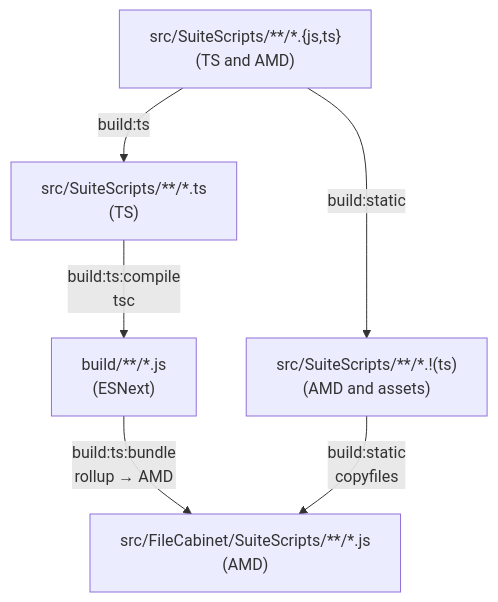
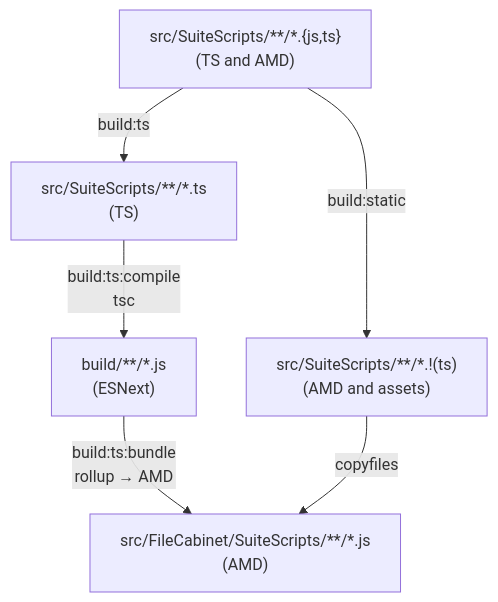
Before and after one commit to anagram-dev/suitecloud-ts: the diagram in docs/build-pipeline.md, drawn with Mermaid. The commit also changed other lines of this file and 1 other file, not shown here.

Commit message:
docs: tidy build pipeline wording and note .d.ts exclusion

````diff
--- a/docs/build-pipeline.md
+++ b/docs/build-pipeline.md
@@ -12,14 +12,14 @@
 ```mermaid
 flowchart TD
     START["src/SuiteScripts/**/*.{js,ts}\n(TS and AMD)"]
     TS["src/SuiteScripts/**/*.ts\n(TS)"]
     STATIC["src/SuiteScripts/**/*.!(ts)\n(AMD and assets)"]
     BUILD["build/**/*.js\n(ESNext)"]
     FC["src/FileCabinet/SuiteScripts/**/*.js\n(AMD)"]
 
     START -->|"build:ts"| TS
     START -->|"build:static"| STATIC
     TS -->|"build:ts:compile\ntsc"| BUILD
     BUILD -->|"build:ts:bundle\nrollup → AMD"| FC
-    STATIC -->|"build:static\ncopyfiles"| FC
+    STATIC -->|"copyfiles"| FC
 ```
````
